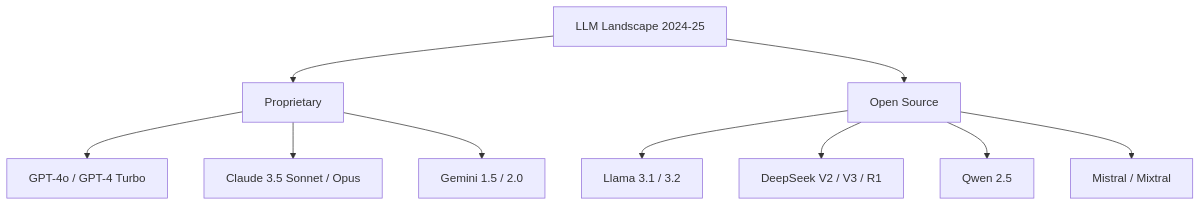
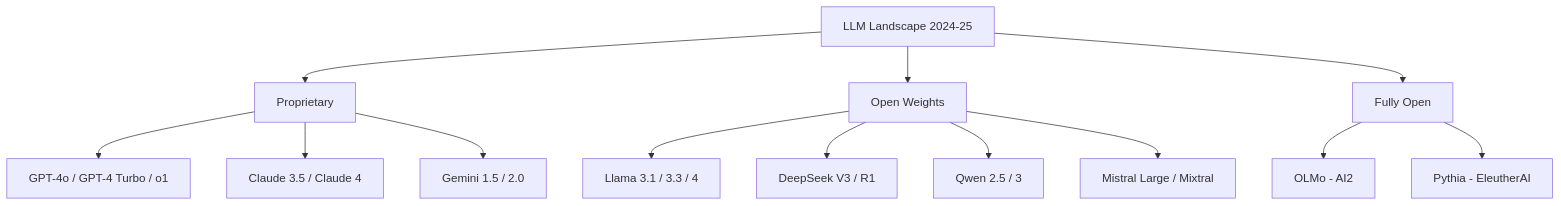
Before and after one commit to vanos001/placement_prep: the first of 3 diagrams in src/llm/sota/README.md, drawn with Mermaid. The commit also changed other lines of this file and 8 other files, not shown here.

````diff
--- a/src/llm/sota/README.md
+++ b/src/llm/sota/README.md
@@ -9,12 +9,15 @@
 ```mermaid
 graph TD
     A[LLM Landscape 2024-25] --> B[Proprietary]
-    A --> C[Open Source]
-    B --> B1[GPT-4o / GPT-4 Turbo]
-    B --> B2[Claude 3.5 Sonnet / Opus]
+    A --> C[Open Weights]
+    A --> D[Fully Open]
+    B --> B1[GPT-4o / GPT-4 Turbo / o1]
+    B --> B2[Claude 3.5 / Claude 4]
     B --> B3[Gemini 1.5 / 2.0]
-    C --> C1[Llama 3.1 / 3.2]
-    C --> C2[DeepSeek V2 / V3 / R1]
-    C --> C3[Qwen 2.5]
-    C --> C4[Mistral / Mixtral]
+    C --> C1[Llama 3.1 / 3.3 / 4]
+    C --> C2[DeepSeek V3 / R1]
+    C --> C3[Qwen 2.5 / 3]
+    C --> C4[Mistral Large / Mixtral]
+    D --> D1[OLMo - AI2]
+    D --> D2[Pythia - EleutherAI]
 ```
````
